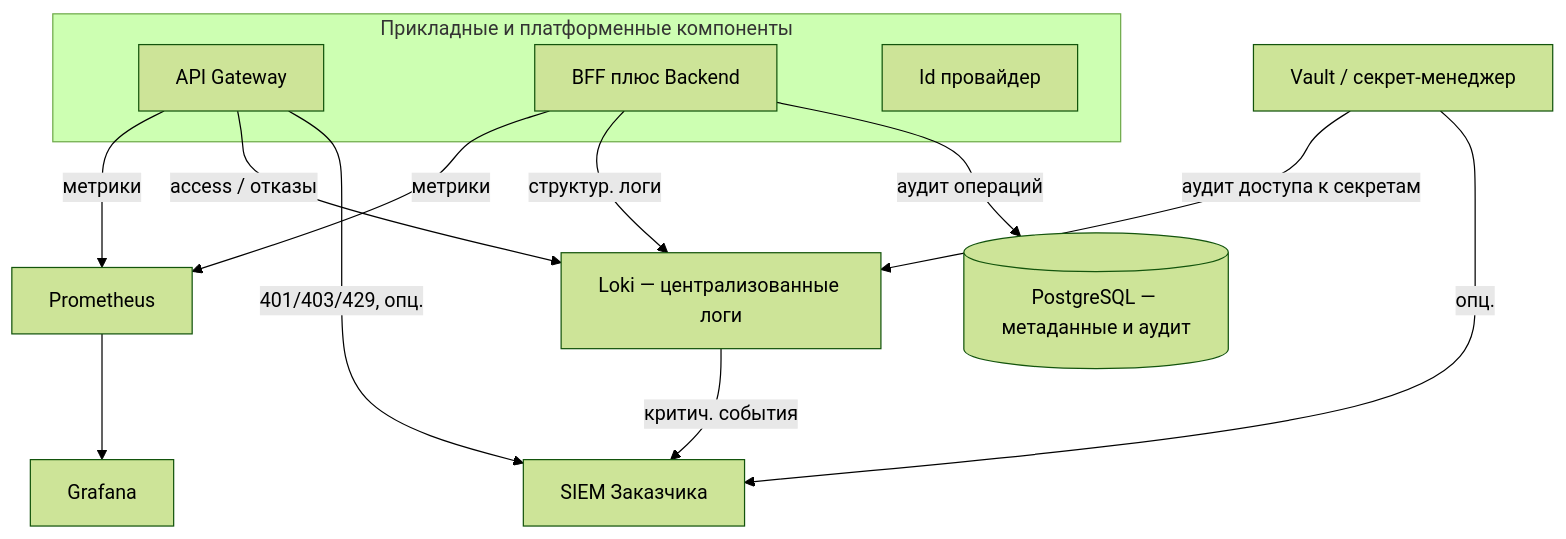
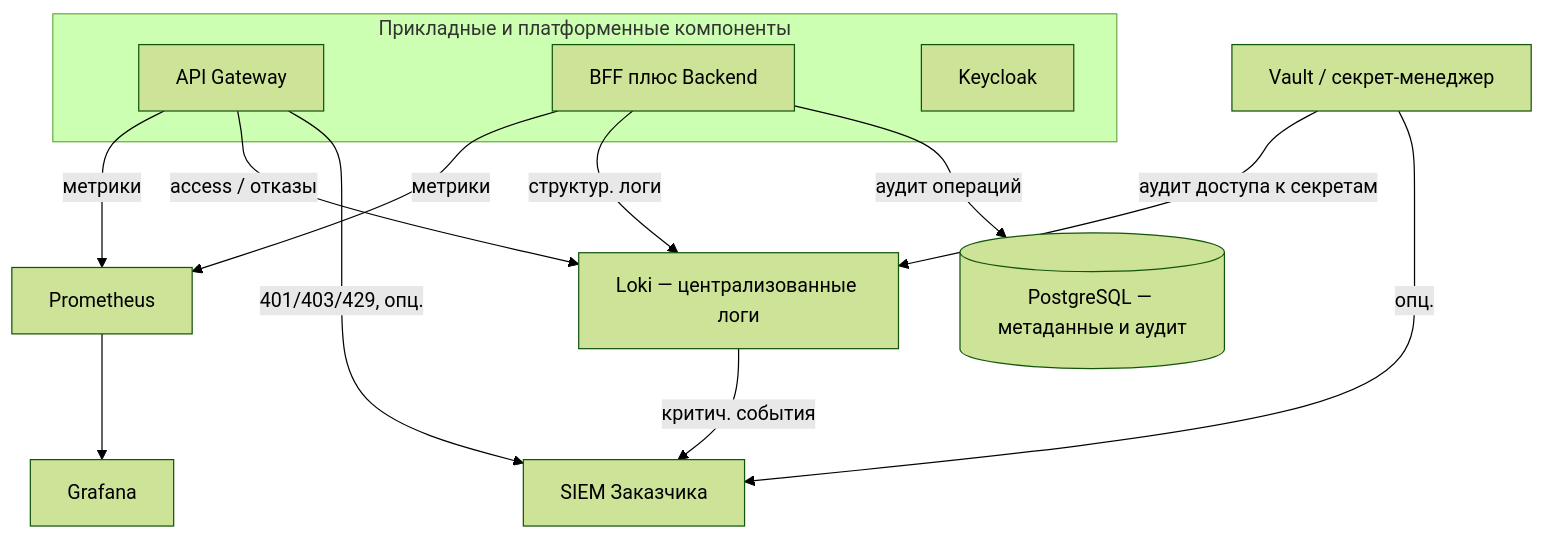
One commit to Trump68/infra changed the seventh of 19 diagrams in Farmadoc_documentation/1.Пояснительная записка к техническому проекту.md. Above: the diagram before and after it, drawn with Mermaid (forest theme). The commit also changed other lines of this file, not shown here.

````diff
--- a/Farmadoc_documentation/1.Пояснительная записка к техническому проекту.md
+++ b/Farmadoc_documentation/1.Пояснительная записка к техническому проекту.md
@@ -1027,25 +1023,25 @@
 ```mermaid
 flowchart TB
   subgraph Apps[Прикладные и платформенные компоненты]
     GW[API Gateway]
     App[BFF плюс Backend]
-    IdP[Id провайдер]
+    IdP[Keycloak]
   end
   Vault[Vault / секрет-менеджер]
   DB[(PostgreSQL — метаданные и аудит)]
   Prom[Prometheus]
   Graf[Grafana]
   Loki[Loki — централизованные логи]
   SIEM[SIEM Заказчика]
 
   GW -->|метрики| Prom
   App -->|метрики| Prom
   Prom --> Graf
   GW -->|access / отказы| Loki
   App -->|структур. логи| Loki
   App -->|аудит операций| DB
   GW -->|401/403/429, опц.| SIEM
   Vault -->|аудит доступа к секретам| Loki
   Vault -->|опц.| SIEM
   Loki -->|критич. события| SIEM
 ```
````
